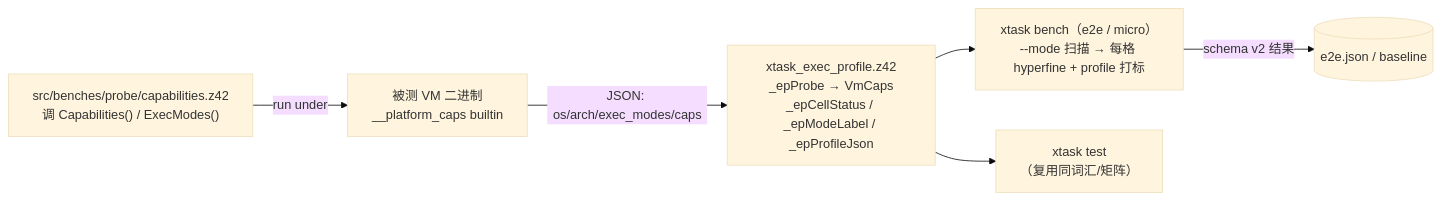
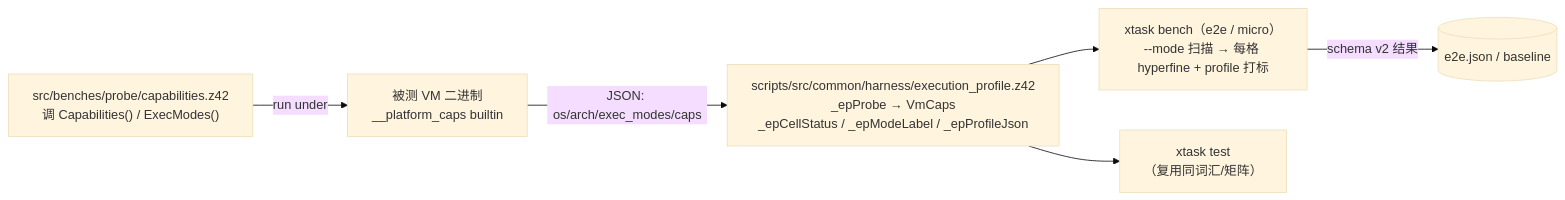
Before and after one commit to z42-lang/z42: the diagram in docs/internals/src/testing/exec-profile-matrix.md, drawn with Mermaid (base theme). The commit also changed other lines of this file and 241 other files, not shown here.

Commit message:
refactor(xtask): 源码收进 scripts/src，按职责分目录 (#1746)

````diff
--- a/docs/internals/src/testing/exec-profile-matrix.md
+++ b/docs/internals/src/testing/exec-profile-matrix.md
@@ -91,13 +91,13 @@
 ```mermaid
 flowchart LR
   probe["src/benches/probe/capabilities.z42<br/>调 Capabilities() / ExecModes()"]
   vm["被测 VM 二进制<br/>__platform_caps builtin"]
-  mod["xtask_exec_profile.z42<br/>_epProbe → VmCaps<br/>_epCellStatus / _epModeLabel / _epProfileJson"]
+  mod["scripts/src/common/harness/execution_profile.z42<br/>_epProbe → VmCaps<br/>_epCellStatus / _epModeLabel / _epProfileJson"]
   bench["xtask bench（e2e / micro）<br/>--mode 扫描 → 每格 hyperfine + profile 打标"]
   test["xtask test<br/>（复用同词汇/矩阵）"]
   probe -->|run under| vm
   vm -->|JSON: os/arch/exec_modes/caps| mod
   mod --> bench
   mod --> test
   bench -->|schema v2 结果| out[("e2e.json / baseline")]
 ```
````
